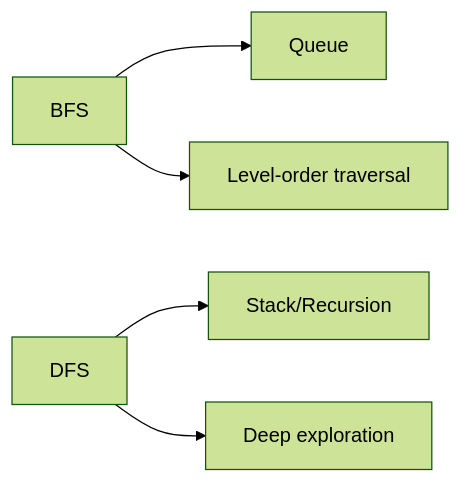
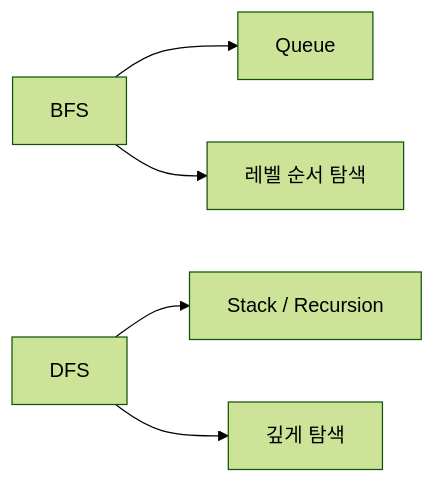
One commit to mandoobox/mandoobox.github.io changed diagram 24 of 43 in _posts/cs-note/2026-02-27-data-structure.md. Above: the diagram before and after it, drawn with Mermaid (forest theme). The commit also changed other lines of this file and 18 other files, not shown here.

````diff
--- a/_posts/cs-note/2026-02-27-data-structure.md
+++ b/_posts/cs-note/2026-02-27-data-structure.md
@@ -836,7 +836,7 @@
 ```mermaid
 flowchart LR
   BFS[BFS] --> Q[Queue]
-  BFS --> BL["Level-order traversal"]
-  DFS[DFS] --> ST["Stack/Recursion"]
-  DFS --> DP[Deep exploration]
+  BFS --> BL["레벨 순서 탐색"]
+  DFS[DFS] --> ST["Stack / Recursion"]
+  DFS --> DP[깊게 탐색]
 ```
````
